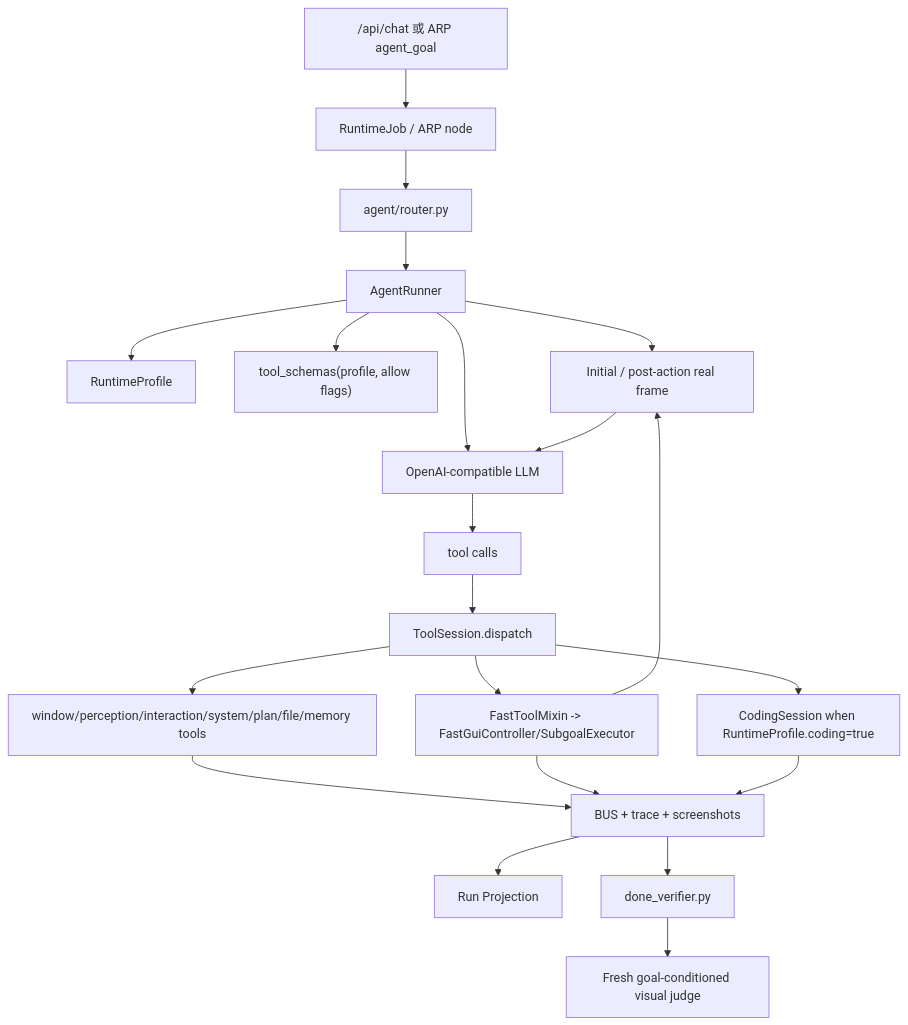
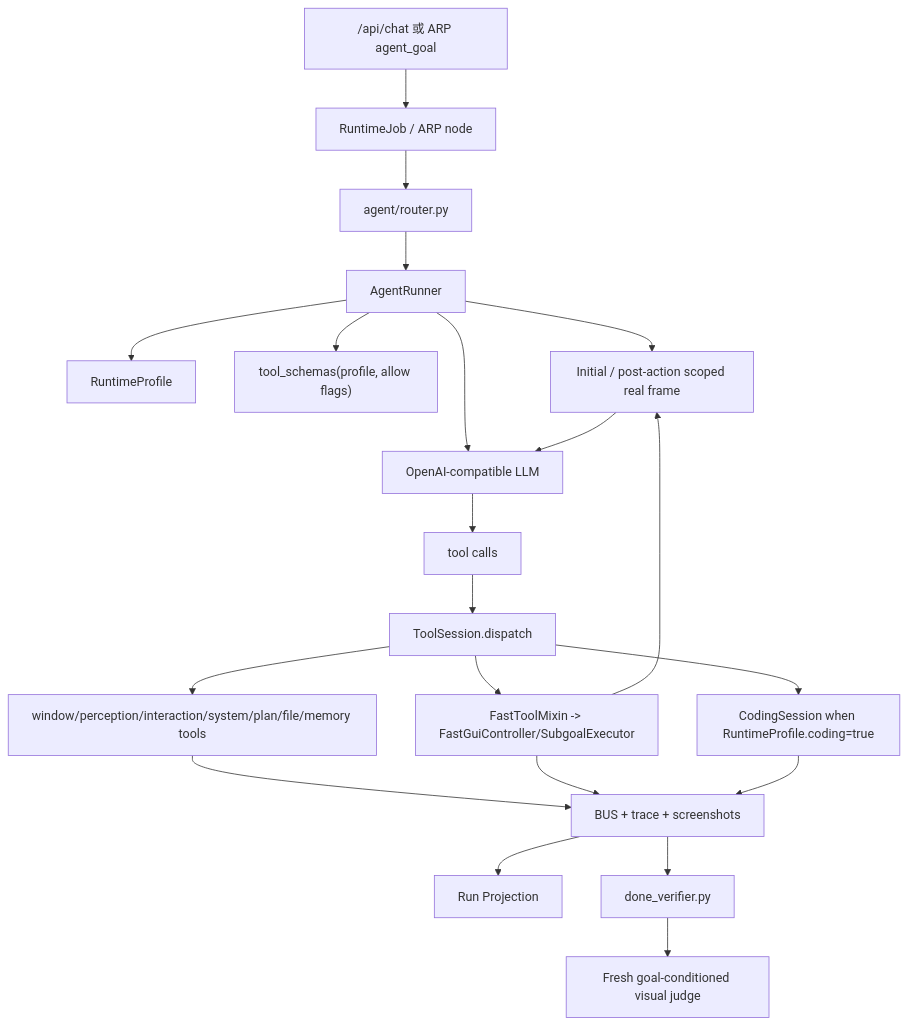
The second of 2 diagrams in docs/architecture.md (zoujiapeng/lingdong-script), drawn with Mermaid before and after one commit. The commit also changed other lines of this file and 45 other files, not shown here.

````diff
--- a/docs/architecture.md
+++ b/docs/architecture.md
@@ -74,23 +74,23 @@
 ```mermaid
 flowchart TD
   Chat["/api/chat 或 ARP agent_goal"] --> Job["RuntimeJob / ARP node"]
   Job --> Router["agent/router.py"]
   Router --> Runner["AgentRunner"]
   Runner --> Profile["RuntimeProfile"]
   Runner --> Schema["tool_schemas(profile, allow flags)"]
-  Runner --> Frame["Initial / post-action real frame"]
+  Runner --> Frame["Initial / post-action scoped real frame"]
   Runner --> LLM["OpenAI-compatible LLM"]
   Frame --> LLM
   LLM --> Calls["tool calls"]
   Calls --> Dispatch["ToolSession.dispatch"]
   Dispatch --> Mixins["window/perception/interaction/system/plan/file/memory tools"]
   Dispatch --> Fast["FastToolMixin -> FastGuiController/SubgoalExecutor"]
   Dispatch --> Coding["CodingSession when RuntimeProfile.coding=true"]
   Mixins --> Trace["BUS + trace + screenshots"]
   Fast --> Trace
   Fast --> Frame
   Coding --> Trace
   Trace --> Projection["Run Projection"]
   Trace --> Done["done_verifier.py"]
   Done --> Judge["Fresh goal-conditioned visual judge"]
 ```
````
